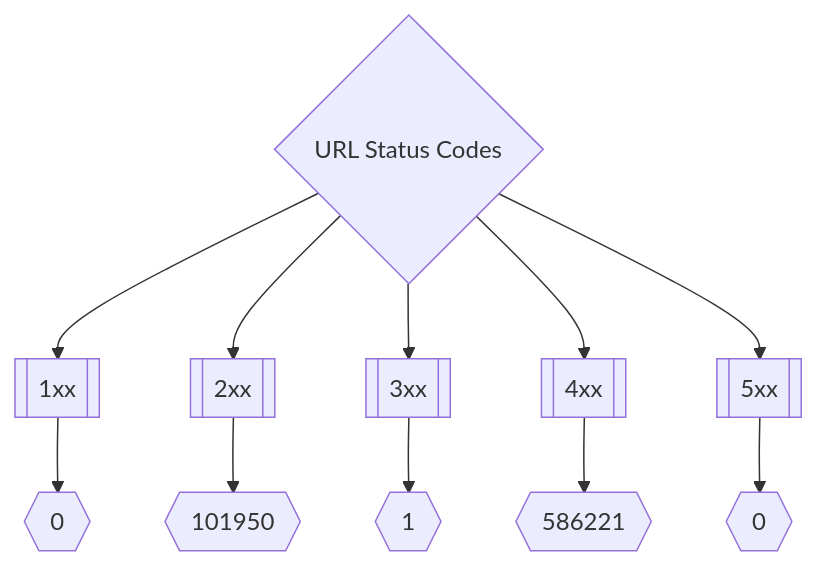
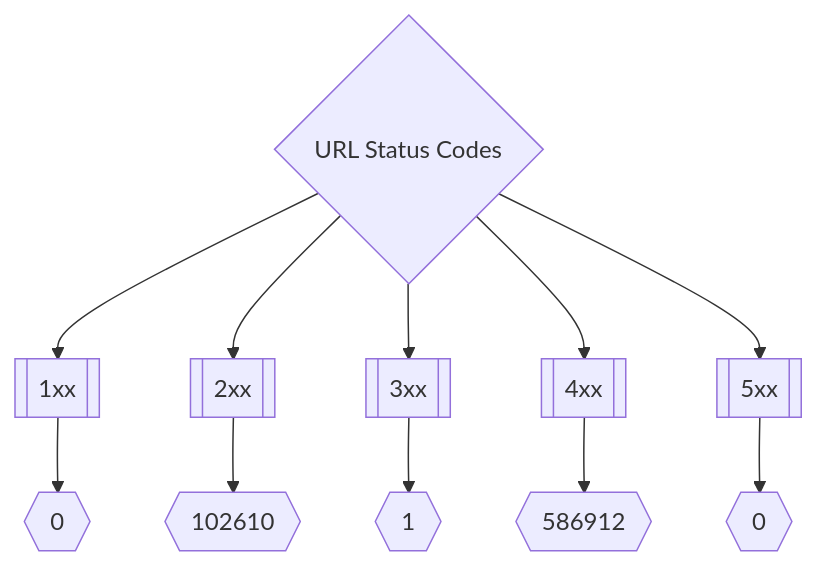
The second of 3 diagrams in README.md (trickest/inventory), drawn with Mermaid before and after one commit. The commit also changed other lines of this file, not shown here.

Commit message:
Update README.md Fri Aug  5 23:17:18 UTC 2022

````diff
--- a/README.md
+++ b/README.md
@@ -175,8 +175,8 @@
 ```mermaid
 graph TD
 title{URL Status Codes} --> 1xx[[1xx]] --> status1xxNum{{0}}
-title --> 2xx[[2xx]] --> status2xxNum{{101950}}
+title --> 2xx[[2xx]] --> status2xxNum{{102610}}
 title --> 3xx[[3xx]] --> status3xxNum{{1}}
-title --> 4xx[[4xx]] --> status4xxNum{{586221}}
+title --> 4xx[[4xx]] --> status4xxNum{{586912}}
 title --> 5xx[[5xx]] --> status5xxNum{{0}}
 ```
````
